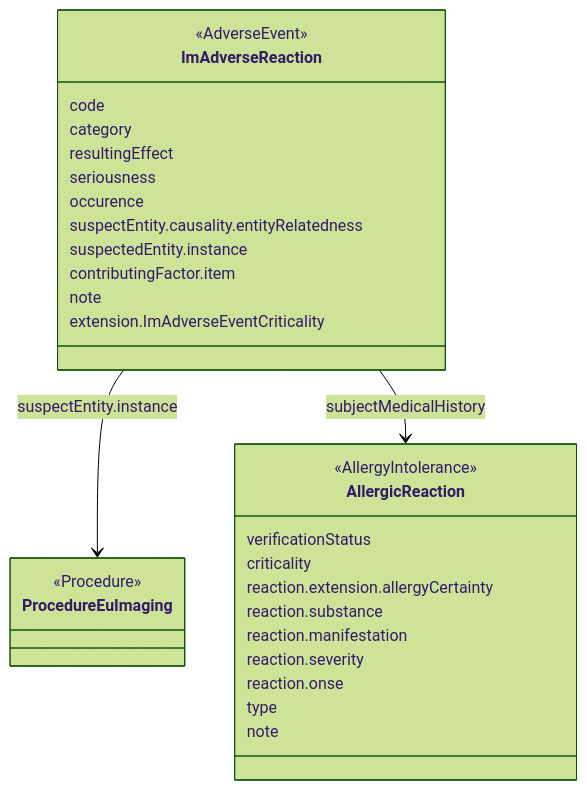
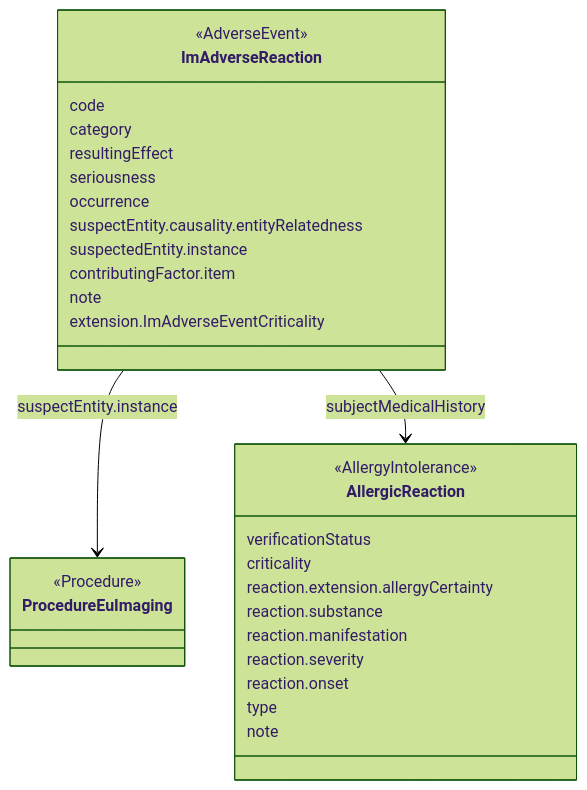
One commit to oijauregui/ehdsimaging-r4 changed the diagram in input/pagecontent/design-consideration-procedure-adverse-reaction.md. Above: the diagram before and after it, drawn with Mermaid (forest theme). The commit also changed other lines of this file and 95 other files, not shown here.

````diff
--- a/input/pagecontent/design-consideration-procedure-adverse-reaction.md
+++ b/input/pagecontent/design-consideration-procedure-adverse-reaction.md
@@ -12,36 +12,36 @@
 ```mermaid
 classDiagram
-  class ImAdverseReaction {
-    <<AdverseEvent>>
-    code
-    category
-    resultingEffect
-    seriousness
-    occurence
-    suspectEntity.causality.entityRelatedness
-    suspectedEntity.instance
-    contributingFactor.item
-    note
-    extension.ImAdverseEventCriticality
-  }
+ class ImAdverseReaction {
+ <<AdverseEvent>>
+ code
+ category
+ resultingEffect
+ seriousness
+ occurrence
+ suspectEntity.causality.entityRelatedness
+ suspectedEntity.instance
+ contributingFactor.item
+ note
+ extension.ImAdverseEventCriticality
+ }
 
-  class AllergicReaction{
-    <<AllergyIntolerance>>
-    verificationStatus 
-    criticality
-    reaction.extension.allergyCertainty
-    reaction.substance
-    reaction.manifestation
-    reaction.severity
-    reaction.onse
-    type
-    note
-  }
+ class AllergicReaction{
+ <<AllergyIntolerance>>
+ verificationStatus 
+ criticality
+ reaction.extension.allergyCertainty
+ reaction.substance
+ reaction.manifestation
+ reaction.severity
+ reaction.onset
+ type
+ note
+ }
 
-  class ProcedureEuImaging{
-    <<Procedure>>
-  }
+ class ProcedureEuImaging{
+ <<Procedure>>
+ }
 
-  ImAdverseReaction --> ProcedureEuImaging: suspectEntity.instance
-  ImAdverseReaction --> AllergicReaction: subjectMedicalHistory
+ ImAdverseReaction --> ProcedureEuImaging: suspectEntity.instance
+ ImAdverseReaction --> AllergicReaction: subjectMedicalHistory
 ```
````
